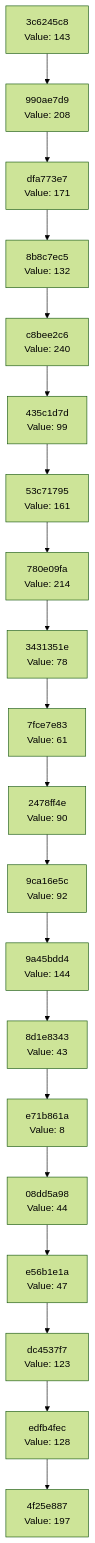
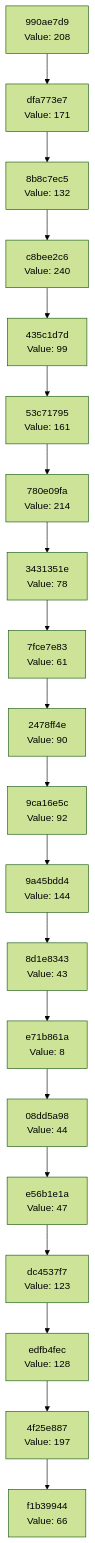
Before and after one commit to Abhisheksinha1506/hash-chain-evolver: the diagram in docs/CHAIN_VISUALIZATION.md, drawn with Mermaid (forest theme). The commit also changed 3 other files, not shown here.

````diff
--- a/docs/CHAIN_VISUALIZATION.md
+++ b/docs/CHAIN_VISUALIZATION.md
@@ -3,42 +3,42 @@
 ```mermaid
 graph TD
-    C0["4f25e887<br/>Value: 197"]
-    C1["edfb4fec<br/>Value: 128"]
+    C0["f1b39944<br/>Value: 66"]
+    C1["4f25e887<br/>Value: 197"]
     C1 --> C0
-    C2["dc4537f7<br/>Value: 123"]
+    C2["edfb4fec<br/>Value: 128"]
     C2 --> C1
-    C3["e56b1e1a<br/>Value: 47"]
+    C3["dc4537f7<br/>Value: 123"]
     C3 --> C2
-    C4["08dd5a98<br/>Value: 44"]
+    C4["e56b1e1a<br/>Value: 47"]
     C4 --> C3
-    C5["e71b861a<br/>Value: 8"]
+    C5["08dd5a98<br/>Value: 44"]
     C5 --> C4
-    C6["8d1e8343<br/>Value: 43"]
+    C6["e71b861a<br/>Value: 8"]
     C6 --> C5
-    C7["9a45bdd4<br/>Value: 144"]
+    C7["8d1e8343<br/>Value: 43"]
     C7 --> C6
-    C8["9ca16e5c<br/>Value: 92"]
+    C8["9a45bdd4<br/>Value: 144"]
     C8 --> C7
-    C9["2478ff4e<br/>Value: 90"]
+    C9["9ca16e5c<br/>Value: 92"]
     C9 --> C8
-    C10["7fce7e83<br/>Value: 61"]
+    C10["2478ff4e<br/>Value: 90"]
     C10 --> C9
-    C11["3431351e<br/>Value: 78"]
+    C11["7fce7e83<br/>Value: 61"]
     C11 --> C10
-    C12["780e09fa<br/>Value: 214"]
+    C12["3431351e<br/>Value: 78"]
     C12 --> C11
-    C13["53c71795<br/>Value: 161"]
+    C13["780e09fa<br/>Value: 214"]
     C13 --> C12
-    C14["435c1d7d<br/>Value: 99"]
+    C14["53c71795<br/>Value: 161"]
     C14 --> C13
-    C15["c8bee2c6<br/>Value: 240"]
+    C15["435c1d7d<br/>Value: 99"]
     C15 --> C14
-    C16["8b8c7ec5<br/>Value: 132"]
+    C16["c8bee2c6<br/>Value: 240"]
     C16 --> C15
-    C17["dfa773e7<br/>Value: 171"]
+    C17["8b8c7ec5<br/>Value: 132"]
     C17 --> C16
-    C18["990ae7d9<br/>Value: 208"]
+    C18["dfa773e7<br/>Value: 171"]
     C18 --> C17
-    C19["3c6245c8<br/>Value: 143"]
+    C19["990ae7d9<br/>Value: 208"]
     C19 --> C18
 ```
````
